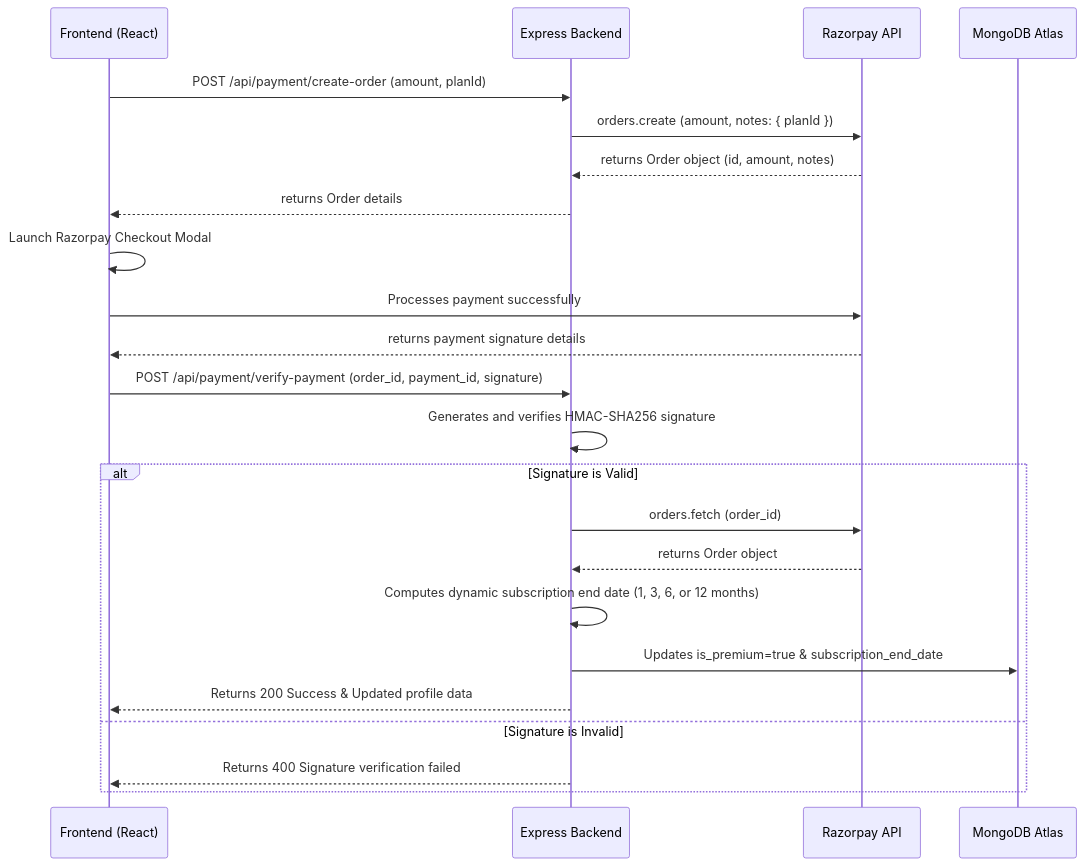
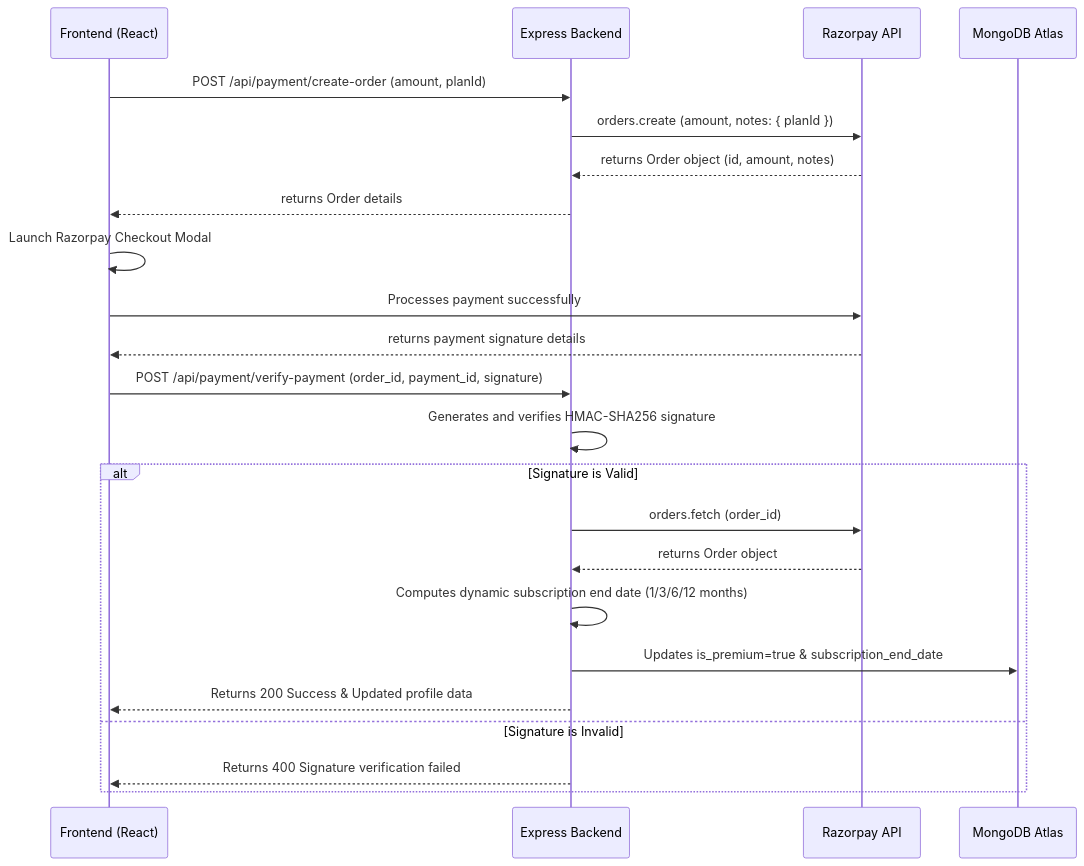
The diagram in README.md (sudhanshu0716/TET), drawn with Mermaid before and after one commit. The commit also changed other lines of this file and 2 other files, not shown here.

````diff
--- a/README.md
+++ b/README.md
@@ -95,26 +125,26 @@
 ```mermaid
 sequenceDiagram
     participant User as Frontend (React)
     participant Server as Express Backend
     participant Razorpay as Razorpay API
     participant DB as MongoDB Atlas
 
     User->>Server: POST /api/payment/create-order (amount, planId)
     Server->>Razorpay: orders.create (amount, notes: { planId })
     Razorpay-->>Server: returns Order object (id, amount, notes)
     Server-->>User: returns Order details
     User->>User: Launch Razorpay Checkout Modal
     User->>Razorpay: Processes payment successfully
     Razorpay-->>User: returns payment signature details
     User->>Server: POST /api/payment/verify-payment (order_id, payment_id, signature)
     Server->>Server: Generates and verifies HMAC-SHA256 signature
     alt Signature is Valid
         Server->>Razorpay: orders.fetch (order_id)
         Razorpay-->>Server: returns Order object
-        Server->>Server: Computes dynamic subscription end date (1, 3, 6, or 12 months)
+        Server->>Server: Computes dynamic subscription end date (1/3/6/12 months)
         Server->>DB: Updates is_premium=true & subscription_end_date
         Server-->>User: Returns 200 Success & Updated profile data
     else Signature is Invalid
         Server-->>User: Returns 400 Signature verification failed
     end
 ```
````
